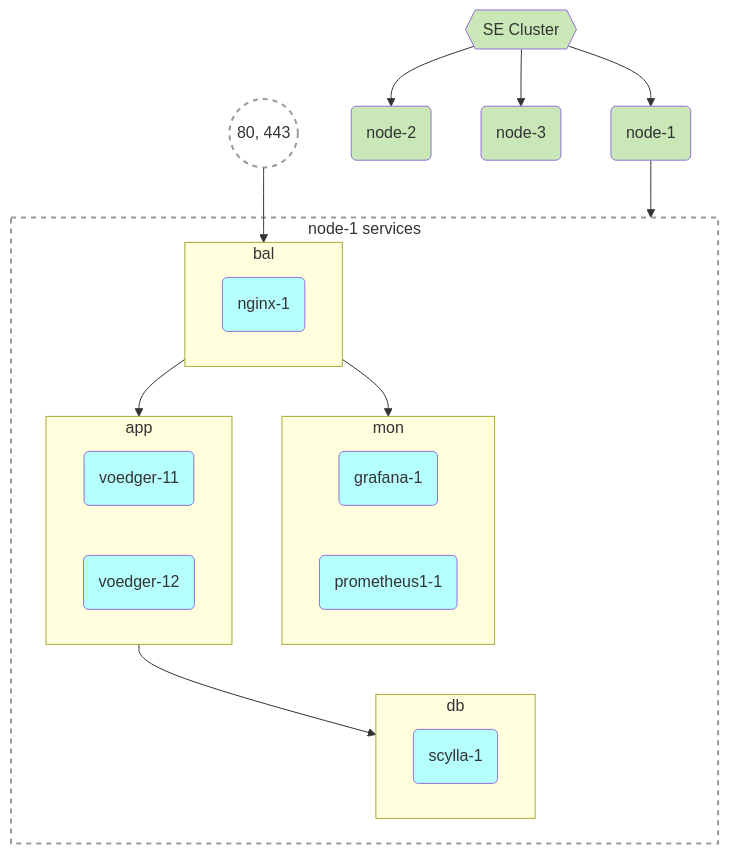
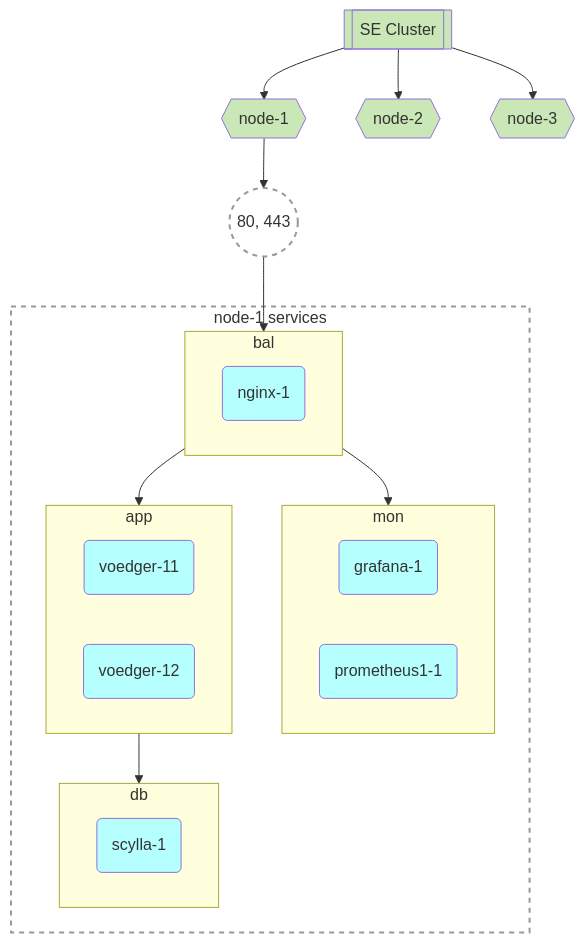
Before and after one commit to voedger/voedger-internals: the diagram in concepts/editions/se.md, drawn with Mermaid. The commit also changed 1 other file, not shown here.

Commit message:
Fix formatting issues in SUMMARY.md and SE documentation

````diff
--- a/concepts/editions/se.md
+++ b/concepts/editions/se.md
@@ -20,51 +20,51 @@
 ```mermaid
   graph TD
 
 
   %% Entities
 
-  SECluster{{SE Cluster}}:::H
-  Node1("node-1"):::H
-  Node2("node-2"):::H
-  Node3("node-3"):::H
+  SECluster[[SE Cluster]]:::H
+  Node1{{"node-1"}}:::H
+  Node2{{"node-2"}}:::H
+  Node3{{"node-3"}}:::H
 
   Ports1(("80, 443")):::G
 
   Node1Services:::G
   subgraph Node1Services[node-1 services]
 
     subgraph bal
       nginx1("nginx-1"):::S
     end
     subgraph mon
       grafana1("grafana-1"):::S
       prometheus1("prometheus1-1"):::S
     end
     subgraph app
       voedger11("voedger-11"):::S
       voedger12("voedger-12"):::S
     end
     subgraph db
       scylla1("scylla-1"):::S
     end
     bal --> mon
     bal --> app
     app --> db
   end
 
   %% Relations
 
   Ports1  --> bal
 
 
   SECluster --> Node1
   SECluster --> Node2
   SECluster --> Node3
 
-  Node1 ----> Node1Services
+  Node1 --> Ports1
 
   classDef B fill:#FFFFB5,color:#333
   classDef S fill:#B5FFFF,color:#333
   classDef H fill:#C9E7B7,color:#333
   classDef G fill:#ffffff15, stroke:#999, stroke-width:2px, stroke-dasharray: 5 5
 ```
````
